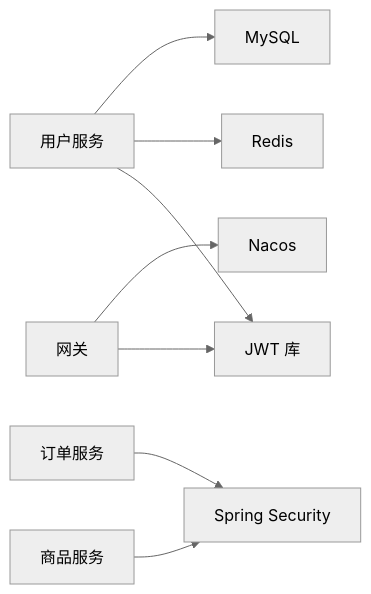
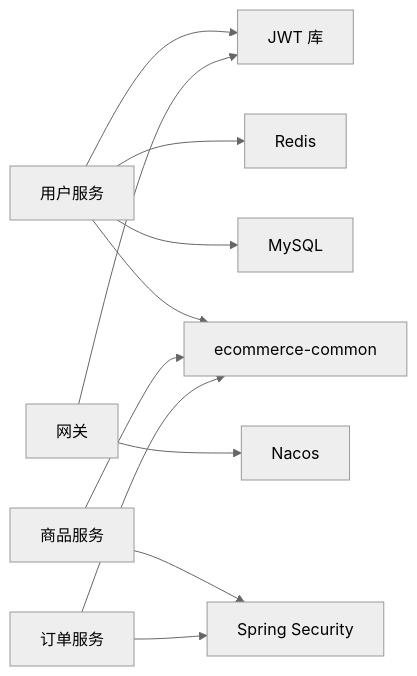
One commit to haohailiang/qoder-fullstack changed the eighth of 8 diagrams in .qoder/repowiki/zh/content/核心功能实现/认证与安全机制.md. Above: the diagram before and after it, drawn with Mermaid (neutral theme). The commit also changed other lines of this file and 36 other files, not shown here.

````diff
--- a/.qoder/repowiki/zh/content/核心功能实现/认证与安全机制.md
+++ b/.qoder/repowiki/zh/content/核心功能实现/认证与安全机制.md
@@ -287,10 +326,13 @@
 ```mermaid
 graph LR
 US["用户服务"] --> JWT["JWT 库"]
 US --> REDIS["Redis"]
 US --> MYSQL["MySQL"]
+US --> ECOMMON["ecommerce-common"]
 GW["网关"] --> JWT
 GW --> NACOS["Nacos"]
 PS["商品服务"] --> SEC["Spring Security"]
+PS --> ECOMMON
 OS["订单服务"] --> SEC
+OS --> ECOMMON
 ```
````
